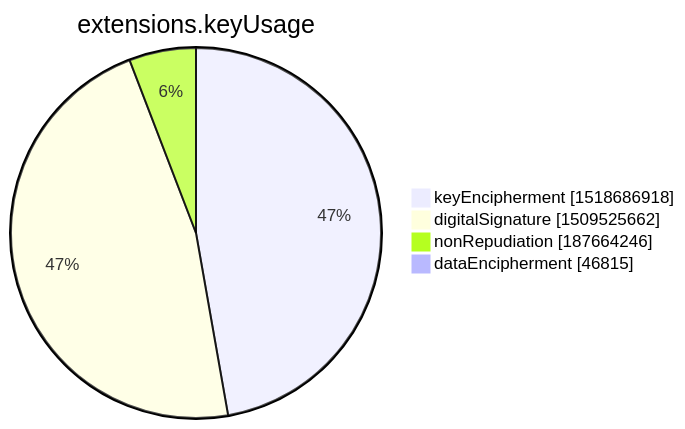
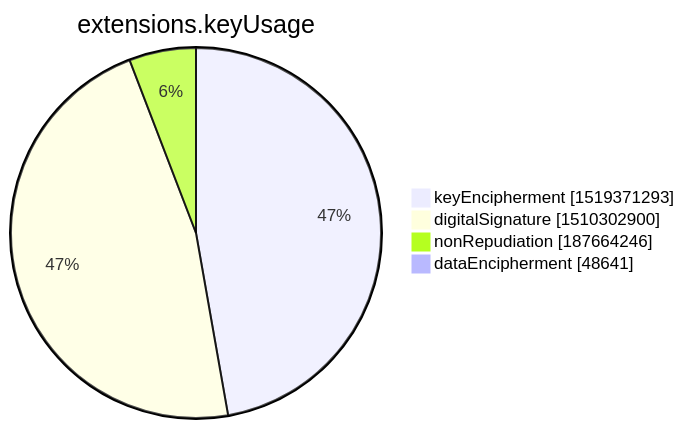
Before and after one commit to christiankrug/ctmonitor_visualization: the seventh of 15 diagrams in xenon2022/README.md, drawn with Mermaid. The commit also changed other lines of this file, not shown here.

````diff
--- a/xenon2022/README.md
+++ b/xenon2022/README.md
@@ -2846,8 +2846,8 @@
 ```mermaid
 pie showData
 title extensions.keyUsage
-"keyEncipherment" :1518686918
-"digitalSignature" :1509525662
+"keyEncipherment" :1519371293
+"digitalSignature" :1510302900
 "nonRepudiation" :187664246
-"dataEncipherment" :46815
+"dataEncipherment" :48641
 ```
````
